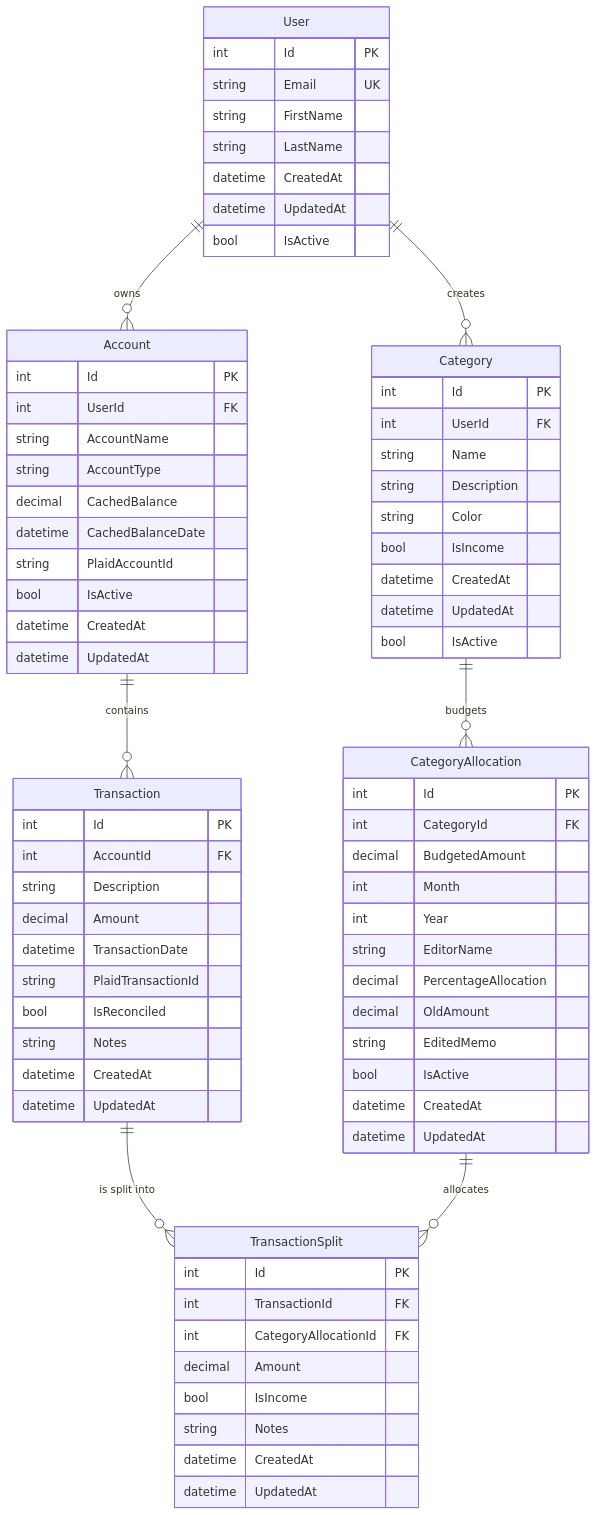
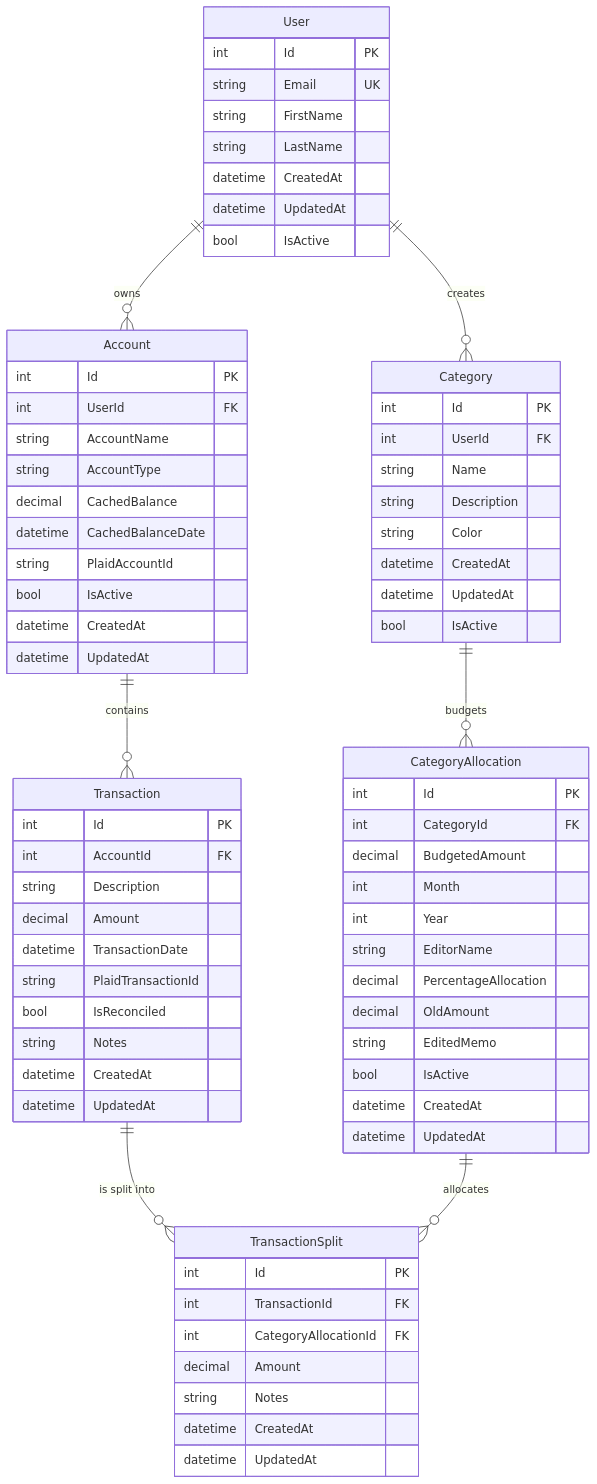
Before and after one commit to SnowSE/wnab: the diagram in database-erd.md, drawn with Mermaid. The commit also changed other lines of this file and 25 other files, not shown here.

```diff
--- a/database-erd.md
+++ b/database-erd.md
@@ -20,7 +20,6 @@
         string Name
         string Description
         string Color
-        bool IsIncome
         datetime CreatedAt
         datetime UpdatedAt
         bool IsActive
@@ -73,7 +72,6 @@
         int TransactionId FK
         int CategoryAllocationId FK
         decimal Amount
-        bool IsIncome
         string Notes
         datetime CreatedAt
         datetime UpdatedAt
```
